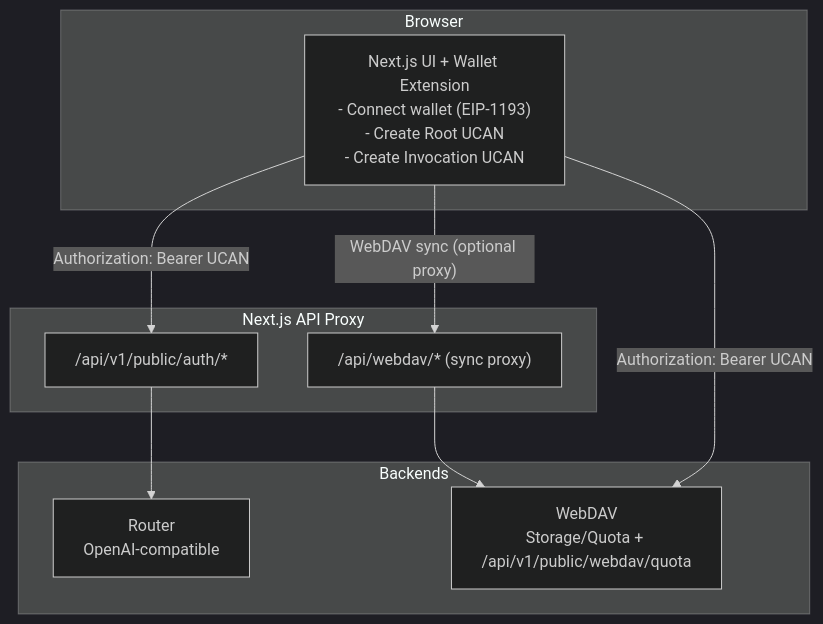
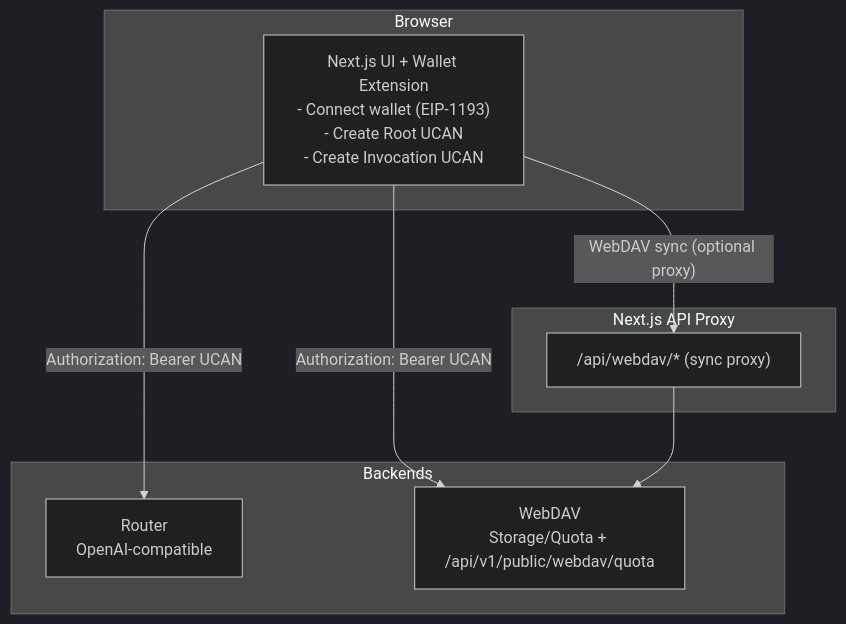
Before and after one commit to yeying-community/chat: the diagram in docs/architecture-en.md, drawn with Mermaid (dark theme). The commit also changed other lines of this file and 11 other files, not shown here.

Commit message:
remove router auth proxy and simplify ucan config

````diff
--- a/docs/architecture-en.md
+++ b/docs/architecture-en.md
@@ -7,19 +7,17 @@
 ```mermaid
 flowchart TB
   subgraph Browser["Browser"]
     UI["Next.js UI + Wallet Extension<br/>- Connect wallet (EIP-1193)<br/>- Create Root UCAN<br/>- Create Invocation UCAN"]
   end
   subgraph Proxy["Next.js API Proxy"]
-    AUTH["/api/v1/public/auth/*"]
     WEBDAVSYNC["/api/webdav/* (sync proxy)"]
   end
   subgraph Backends["Backends"]
     ROUTER["Router<br/>OpenAI-compatible"]
     WEBDAV["WebDAV<br/>Storage/Quota + /api/v1/public/webdav/quota"]
   end
-  UI -->|"Authorization: Bearer UCAN"| AUTH
+  UI -->|"Authorization: Bearer UCAN"| ROUTER
   UI -->|"Authorization: Bearer UCAN"| WEBDAV
   UI -->|"WebDAV sync (optional proxy)"| WEBDAVSYNC
-  AUTH --> ROUTER
   WEBDAVSYNC --> WEBDAV
 ```
````
